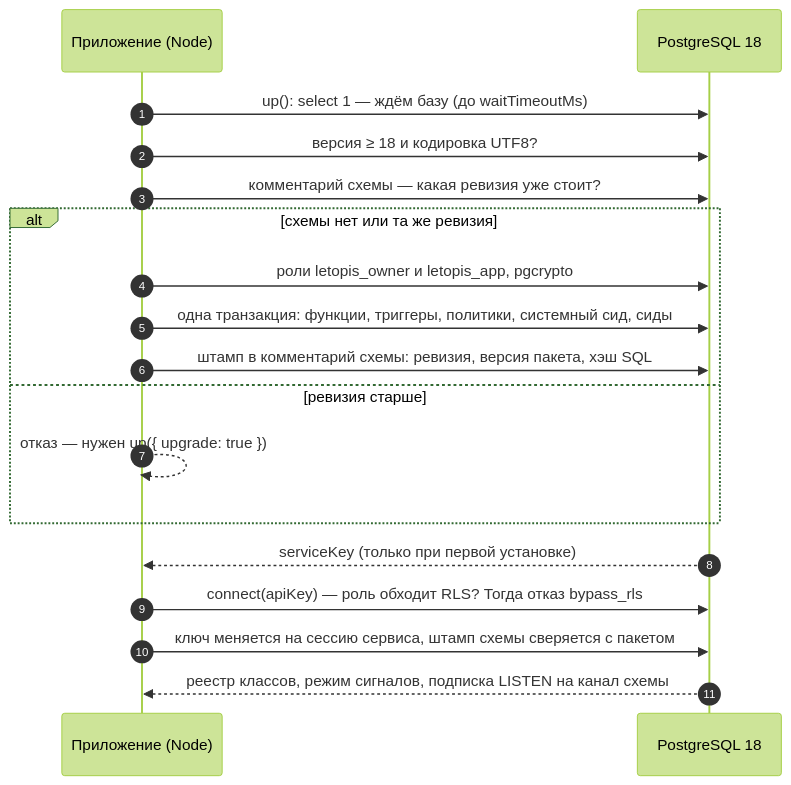
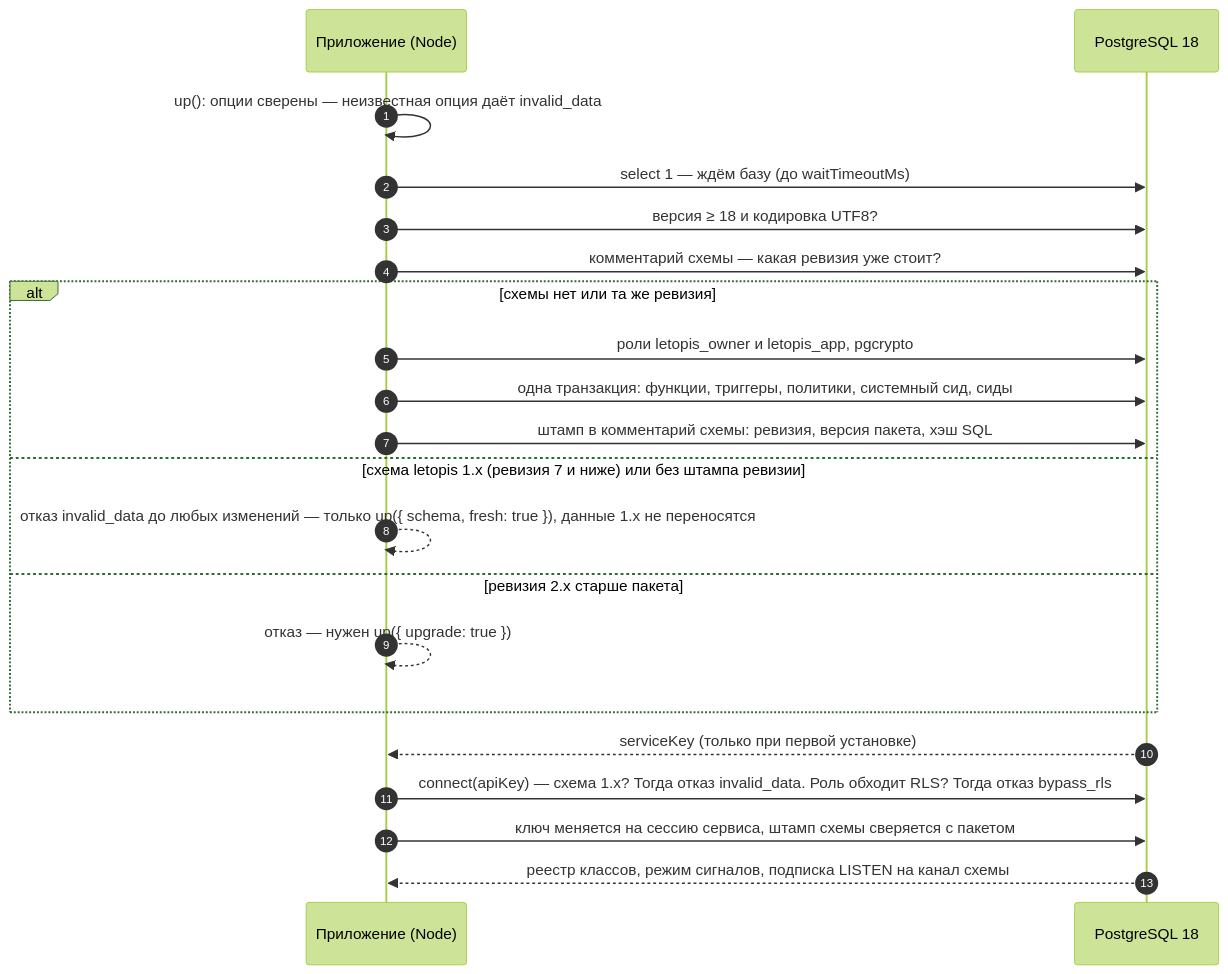
One commit to alepri51/letopis changed the diagram in guide/pages/install/index.md. Above: the diagram before and after it, drawn with Mermaid (forest theme). The commit also changed other lines of this file and 25 other files, not shown here.

````diff
--- a/guide/pages/install/index.md
+++ b/guide/pages/install/index.md
@@ -33,20 +33,23 @@
 ```mermaid
 sequenceDiagram
   autonumber
   participant App as Приложение (Node)
   participant PG as PostgreSQL 18
-  App->>PG: up(): select 1 — ждём базу (до waitTimeoutMs)
+  App->>App: up(): опции сверены — неизвестная опция даёт invalid_data
+  App->>PG: select 1 — ждём базу (до waitTimeoutMs)
   App->>PG: версия ≥ 18 и кодировка UTF8?
   App->>PG: комментарий схемы — какая ревизия уже стоит?
   alt схемы нет или та же ревизия
     App->>PG: роли letopis_owner и letopis_app, pgcrypto
     App->>PG: одна транзакция: функции, триггеры, политики, системный сид, сиды
     App->>PG: штамп в комментарий схемы: ревизия, версия пакета, хэш SQL
-  else ревизия старше
+  else схема letopis 1.x (ревизия 7 и ниже) или без штампа ревизии
+    App-->>App: отказ invalid_data до любых изменений — только up({ schema, fresh: true }), данные 1.x не переносятся
+  else ревизия 2.x старше пакета
     App-->>App: отказ — нужен up({ upgrade: true })
   end
   PG-->>App: serviceKey (только при первой установке)
-  App->>PG: connect(apiKey) — роль обходит RLS? Тогда отказ bypass_rls
+  App->>PG: connect(apiKey) — схема 1.x? Тогда отказ invalid_data. Роль обходит RLS? Тогда отказ bypass_rls
   App->>PG: ключ меняется на сессию сервиса, штамп схемы сверяется с пакетом
   PG-->>App: реестр классов, режим сигналов, подписка LISTEN на канал схемы
 ```
````
